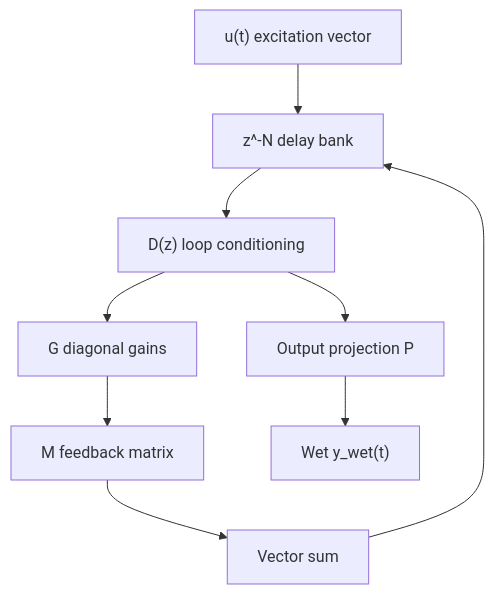
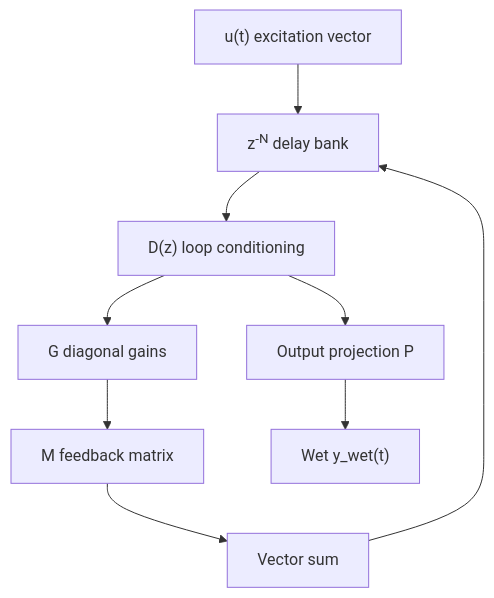
Diagram 14 of 15 in README.md (TheColby/verbx), drawn with Mermaid before and after one commit. The commit also changed other lines of this file, not shown here.

Commit message:
docs: add instant sonic quickstart and math-style delay labels

````diff
--- a/README.md
+++ b/README.md
@@ -1669,11 +1683,11 @@
 ```mermaid
 flowchart TD
-  UV["u(t) excitation vector"] --> DELV["z^-N delay bank"]
+  UV["u(t) excitation vector"] --> DELV["z<sup>-N</sup> delay bank"]
   DELV --> DV["D(z) loop conditioning"]
   DV --> GV["G diagonal gains"]
   GV --> MV["M feedback matrix"]
   MV --> SUMV["Vector sum"]
   SUMV --> DELV
   DV --> PROJV["Output projection P"]
   PROJV --> WY["Wet y_wet(t)"]
 ```
````
